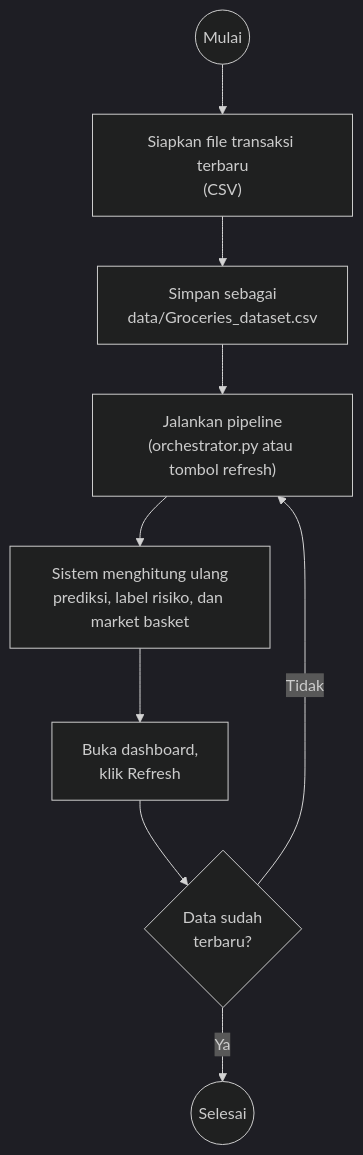
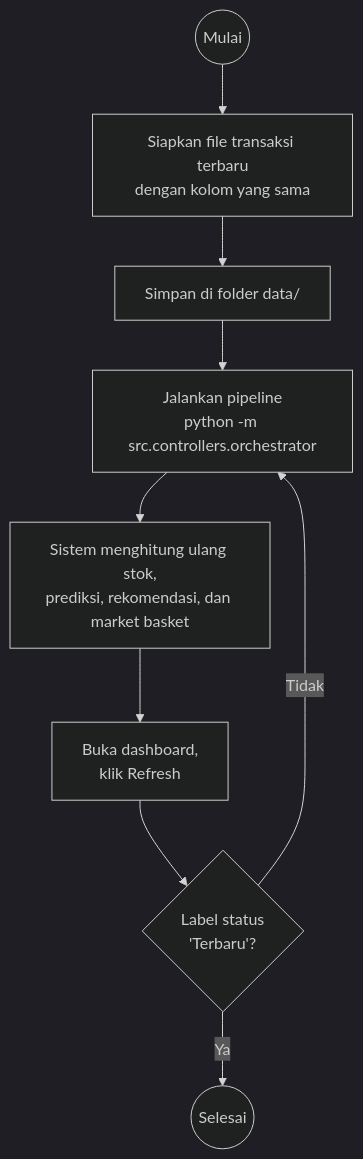
Before and after one commit to rivaldimhr/retail-inventory-ai: the fifth of 5 diagrams in README.md, drawn with Mermaid (dark theme). The commit also changed other lines of this file and 9775 other files, not shown here.

````diff
--- a/README.md
+++ b/README.md
@@ -203,11 +244,11 @@
 ```mermaid
 flowchart TD
-    S(("Mulai")) --> A["Siapkan file transaksi terbaru<br/>(CSV)"]
-    A --> B["Simpan sebagai<br/>data/Groceries_dataset.csv"]
-    B --> C["Jalankan pipeline<br/>(orchestrator.py atau tombol refresh)"]
-    C --> D["Sistem menghitung ulang<br/>prediksi, label risiko, dan market basket"]
+    S(("Mulai")) --> A["Siapkan file transaksi terbaru<br/>dengan kolom yang sama"]
+    A --> B["Simpan di folder data/"]
+    B --> C["Jalankan pipeline<br/>python -m src.controllers.orchestrator"]
+    C --> D["Sistem menghitung ulang stok,<br/>prediksi, rekomendasi, dan market basket"]
     D --> E["Buka dashboard,<br/>klik Refresh"]
-    E --> F{"Data sudah<br/>terbaru?"}
+    E --> F{"Label status<br/>'Terbaru'?"}
     F -- Ya --> Z(("Selesai"))
     F -- Tidak --> C
 ```
````
